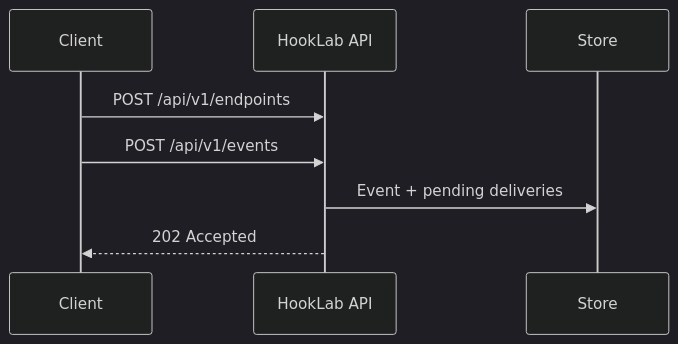
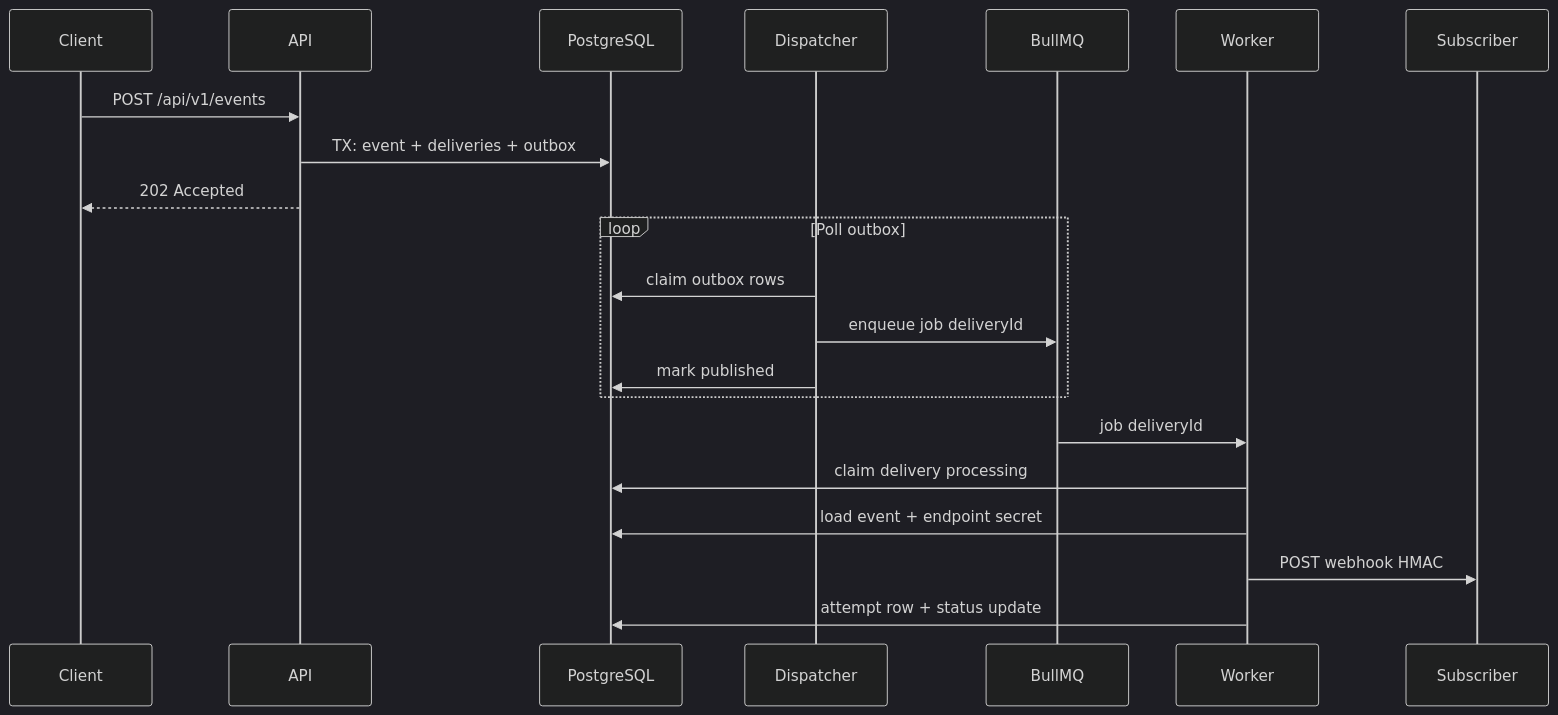
One commit to Thanmaya-K-N/hooklab changed the second of 2 diagrams in docs/architecture.md. Above: the diagram before and after it, drawn with Mermaid (dark theme). The commit also changed other lines of this file and 17 other files, not shown here.

````diff
--- a/docs/architecture.md
+++ b/docs/architecture.md
@@ -12,10 +46,26 @@
 ```mermaid
 sequenceDiagram
-  participant Client as Client
-  participant API as HookLab API
-  participant Store as Store
-  Client->>API: POST /api/v1/endpoints
-  Client->>API: POST /api/v1/events
-  API->>Store: Event + pending deliveries
-  API-->>Client: 202 Accepted
+  participant C as Client
+  participant API as API
+  participant PG as PostgreSQL
+  participant D as Dispatcher
+  participant Q as BullMQ
+  participant W as Worker
+  participant S as Subscriber
+
+  C->>API: POST /api/v1/events
+  API->>PG: TX: event + deliveries + outbox
+  API-->>C: 202 Accepted
+
+  loop Poll outbox
+    D->>PG: claim outbox rows
+    D->>Q: enqueue job deliveryId
+    D->>PG: mark published
+  end
+
+  Q->>W: job deliveryId
+  W->>PG: claim delivery processing
+  W->>PG: load event + endpoint secret
+  W->>S: POST webhook HMAC
+  W->>PG: attempt row + status update
 ```
````
